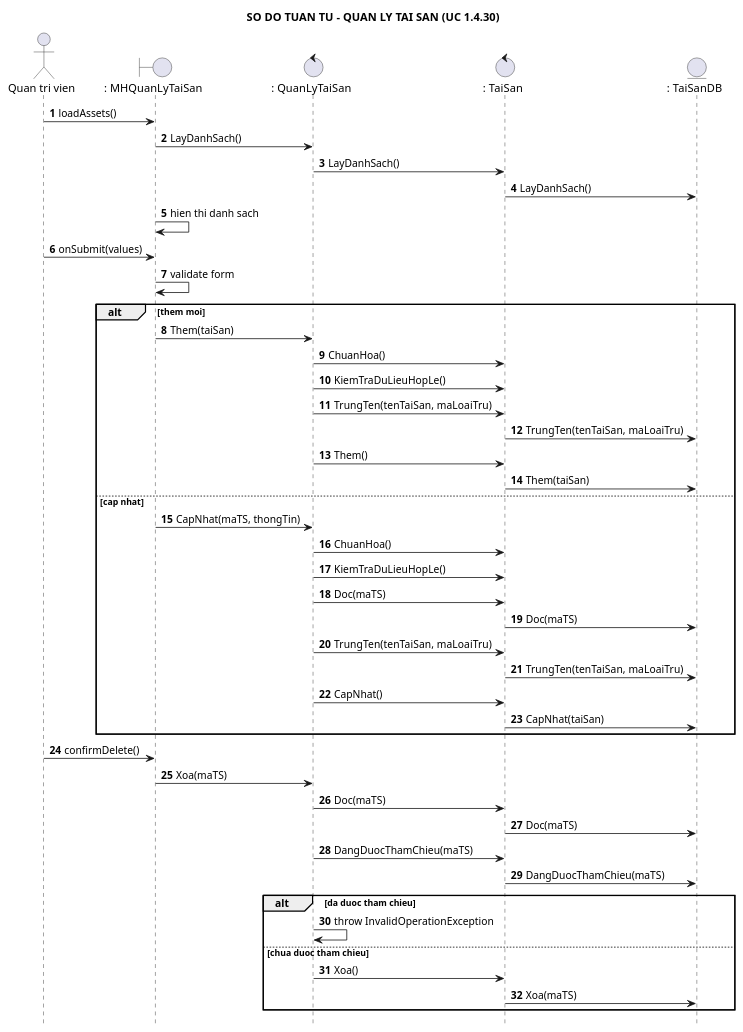
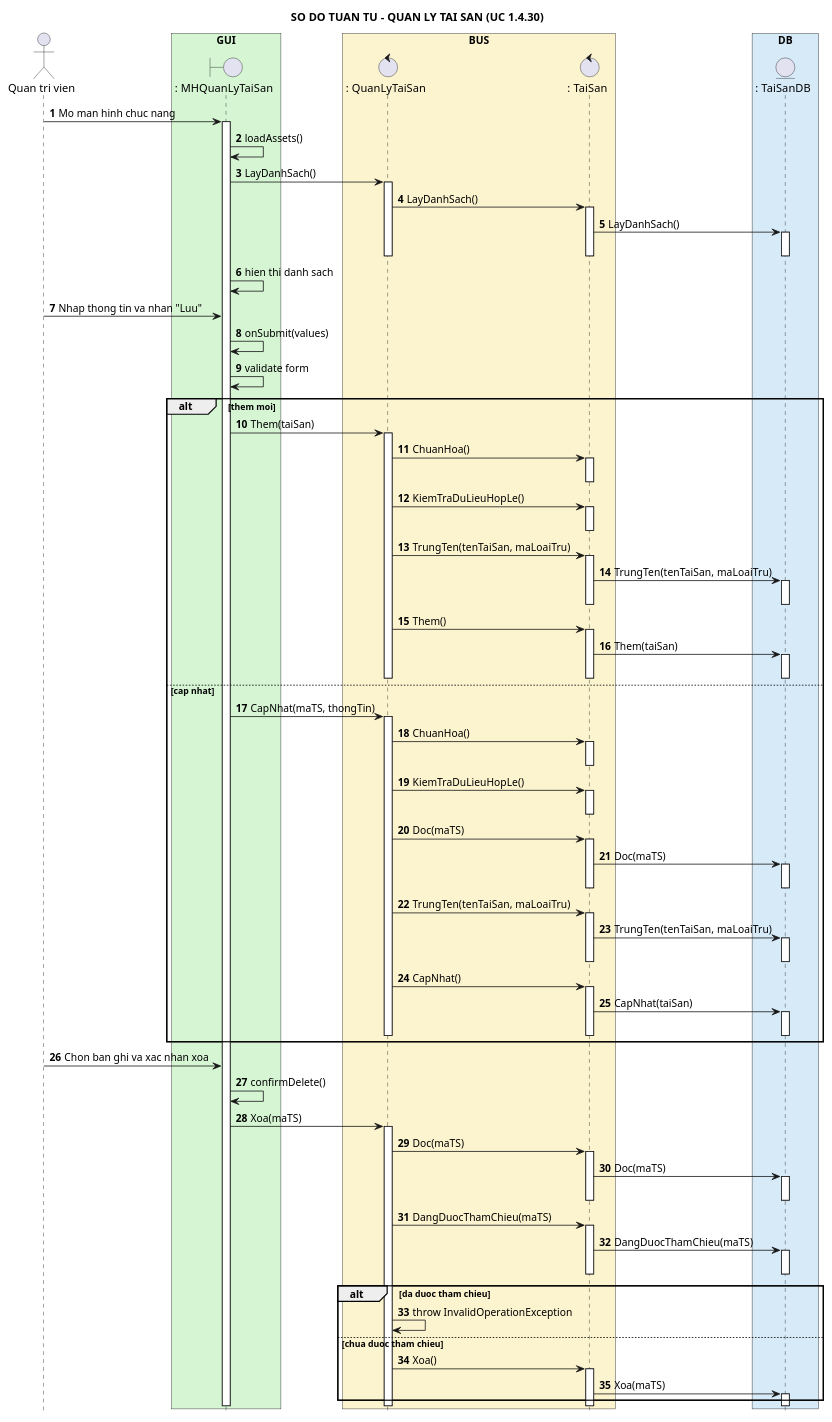
The diagram in docs/uml/quan-ly-tai-san-sequence.puml (Ming1309/HomeStay-Dorm), drawn with PlantUML before and after one commit. The commit also changed 34 other files, not shown here.

Commit message:
docs(uml): group lifelines in sequence diagrams into box layers and update layout

```diff
--- a/docs/uml/quan-ly-tai-san-sequence.puml
+++ b/docs/uml/quan-ly-tai-san-sequence.puml
@@ -1,52 +1,118 @@
 @startuml
 title SO DO TUAN TU - QUAN LY TAI SAN (UC 1.4.30)
 hide footbox
 autonumber 1 1
 skinparam shadowing false
 actor "Quan tri vien" as QTV
+
+box "GUI" #D5F5D3
 boundary ": MHQuanLyTaiSan" as MH
+end box
+
+box "BUS" #FCF3CF
 control ": QuanLyTaiSan" as QL
 control ": TaiSan" as TS
+end box
+
+box "DB" #D6EAF8
 entity ": TaiSanDB" as DB
+end box
 
-QTV -> MH : loadAssets()
+QTV -> MH : Mo man hinh chuc nang
+activate MH
+MH -> MH : loadAssets()
 MH -> QL : LayDanhSach()
+activate QL
 QL -> TS : LayDanhSach()
+activate TS
 TS -> DB : LayDanhSach()
+activate DB
+deactivate DB
+deactivate TS
+deactivate QL
 MH -> MH : hien thi danh sach
 
-QTV -> MH : onSubmit(values)
+QTV -> MH : Nhap thong tin va nhan "Luu"
+MH -> MH : onSubmit(values)
 MH -> MH : validate form
 alt them moi
   MH -> QL : Them(taiSan)
+  activate QL
   QL -> TS : ChuanHoa()
+  activate TS
+deactivate TS
   QL -> TS : KiemTraDuLieuHopLe()
+  activate TS
+deactivate TS
   QL -> TS : TrungTen(tenTaiSan, maLoaiTru)
+  activate TS
   TS -> DB : TrungTen(tenTaiSan, maLoaiTru)
+  activate DB
+deactivate DB
+deactivate TS
   QL -> TS : Them()
+  activate TS
   TS -> DB : Them(taiSan)
+  activate DB
+deactivate DB
+deactivate TS
+deactivate QL
 else cap nhat
   MH -> QL : CapNhat(maTS, thongTin)
+  activate QL
   QL -> TS : ChuanHoa()
+  activate TS
+deactivate TS
   QL -> TS : KiemTraDuLieuHopLe()
+  activate TS
+deactivate TS
   QL -> TS : Doc(maTS)
+  activate TS
   TS -> DB : Doc(maTS)
+  activate DB
+deactivate DB
+deactivate TS
   QL -> TS : TrungTen(tenTaiSan, maLoaiTru)
+  activate TS
   TS -> DB : TrungTen(tenTaiSan, maLoaiTru)
+  activate DB
+deactivate DB
+deactivate TS
   QL -> TS : CapNhat()
+  activate TS
   TS -> DB : CapNhat(taiSan)
+  activate DB
+deactivate DB
+deactivate TS
+deactivate QL
 end
 
-QTV -> MH : confirmDelete()
+QTV -> MH : Chon ban ghi va xac nhan xoa
+MH -> MH : confirmDelete()
 MH -> QL : Xoa(maTS)
+activate QL
 QL -> TS : Doc(maTS)
+activate TS
 TS -> DB : Doc(maTS)
+activate DB
+deactivate DB
+deactivate TS
 QL -> TS : DangDuocThamChieu(maTS)
+activate TS
 TS -> DB : DangDuocThamChieu(maTS)
+activate DB
 alt da duoc tham chieu
+deactivate DB
+deactivate TS
   QL -> QL : throw InvalidOperationException
 else chua duoc tham chieu
   QL -> TS : Xoa()
+  activate TS
   TS -> DB : Xoa(maTS)
+  activate DB
 end
+deactivate DB
+deactivate TS
+deactivate QL
+deactivate MH
 @enduml
```
